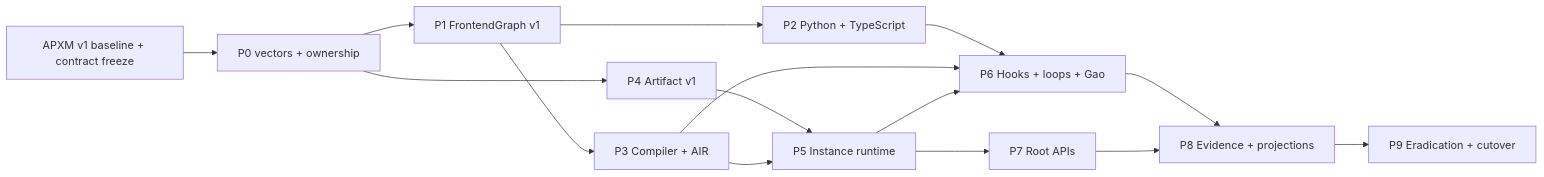
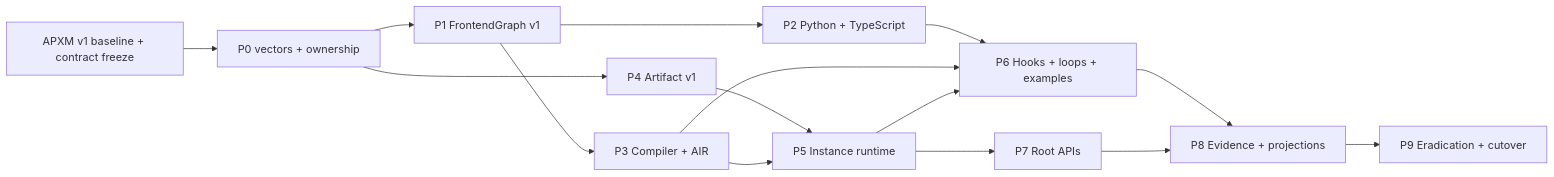
The diagram in docs/agents/agent-program-composition-and-air-full-replacement-plan.md (apxm-project/agents), drawn with Mermaid before and after one commit. The commit also changed other lines of this file and 180 other files, not shown here.

````diff
--- a/docs/agents/agent-program-composition-and-air-full-replacement-plan.md
+++ b/docs/agents/agent-program-composition-and-air-full-replacement-plan.md
@@ -402,17 +423,17 @@
 ```mermaid
 flowchart LR
     C["APXM v1 baseline + contract freeze"] --> P0["P0 vectors + ownership"]
     P0 --> P1["P1 FrontendGraph v1"]
     P0 --> P4["P4 Artifact v1"]
     P1 --> P2["P2 Python + TypeScript"]
     P1 --> P3["P3 Compiler + AIR"]
     P4 --> P5["P5 Instance runtime"]
     P3 --> P5
-    P2 --> P6["P6 Hooks + loops + Gao"]
+    P2 --> P6["P6 Hooks + loops + examples"]
     P3 --> P6
     P5 --> P6
     P5 --> P7["P7 Root APIs"]
     P6 --> P8["P8 Evidence + projections"]
     P7 --> P8
     P8 --> P9["P9 Eradication + cutover"]
 ```
````
